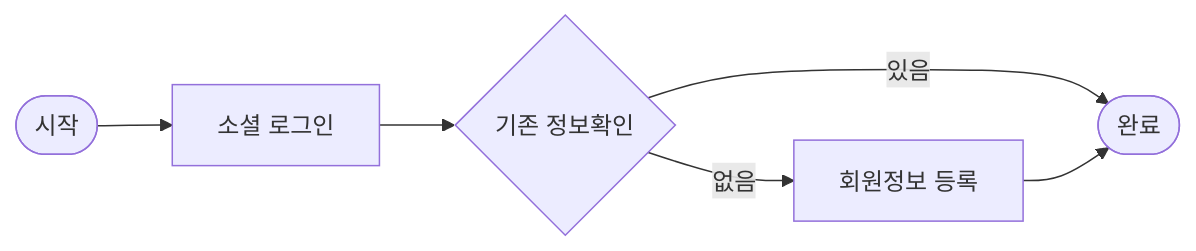
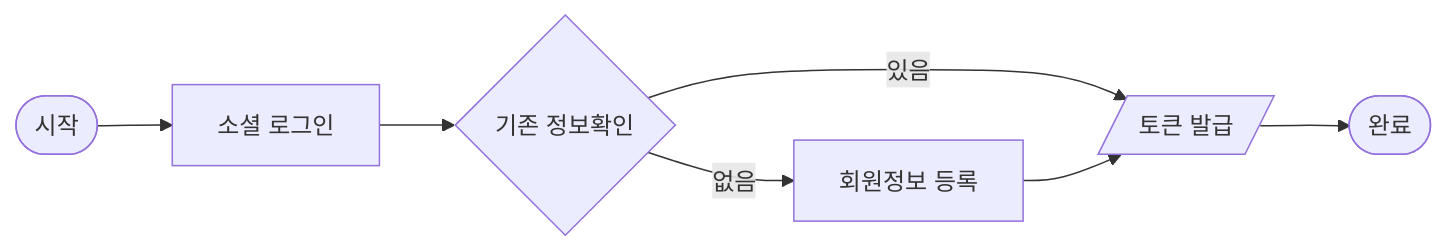
The second of 3 diagrams in 이상형월드컵/서비스/기능분석/README.md (code-etc/Documents), drawn with Mermaid before and after one commit.

Commit message:
로그인 플로우차트 수정

````diff
--- a/이상형월드컵/서비스/기능분석/README.md
+++ b/이상형월드컵/서비스/기능분석/README.md
@@ -83,14 +83,16 @@
 ```mermaid
 flowchart LR
     a1([시작])
     a2[소셜 로그인]
     a3{기존 정보확인}
     a4[회원정보 등록]
-    a5([완료])
+    a5[/토큰 발급/]
+    a6([완료])
 
     a1 --> a2
     a2 --> a3
     a3 -->|없음| a4
     a3 -->|있음| a5
     a4 --> a5
+    a5 --> a6
 ```
````
